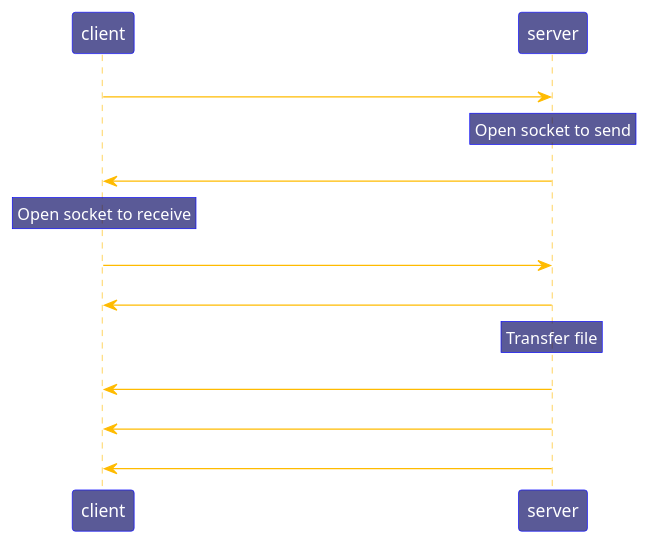
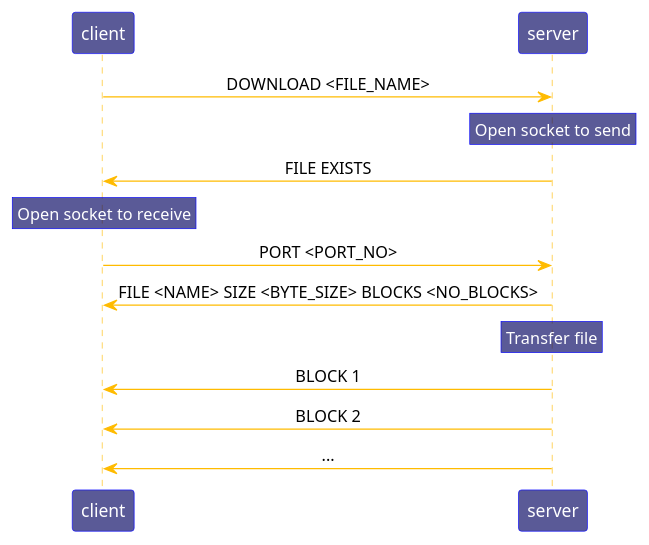
One commit to PomatoCoCEO/UcDrive changed the diagram in arch/download.puml. Above: the diagram before and after it, drawn with PlantUML. The commit also changed 20 other files, not shown here.

```diff
--- a/arch/download.puml
+++ b/arch/download.puml
@@ -1,33 +1,34 @@
 @startuml download
 skinparam sequenceMessageAlign CENTER
 skinparam NoteTextAlignment CENTER
 skinparam DefaultTextAlignment CENTER
-skinparam DefaultFontColor #ffffff
 skinparam ArrowColor #ffbb00
 skinparam sequenceMessageAlign CENTER
 skinparam NoteTextAlignment CENTER
 skinparam NoteBackgroundColor #060662a8
 skinparam NoteBorderColor #0000ff
+skinparam NoteFontColor white
+skinparam ParticipantFontColor white
 skinparam ParticipantBackgroundColor #060662a8
 skinparam ParticipantBorderColor #0000ff
 skinparam PathHoverColor #ffbb00
 skinparam SequenceLifeLineBorderColor #ffbb00
 'skinparam ParticipantBackgroundColor #00ffff
 'skinparam ParticipantBorderColor #0000ff these are comments, started with '
 client -> server : DOWNLOAD <FILE_NAME>
 rnote over server
 Open socket to send
 end note
 server -> client : FILE EXISTS
 rnote over client
 Open socket to receive
 end note
 client ->server : PORT <PORT_NO> 
 server -> client : FILE <NAME> SIZE <BYTE_SIZE> BLOCKS <NO_BLOCKS> 
 rnote over server
 Transfer file
 end note
 server -> client : BLOCK 1
 server -> client: BLOCK 2
 server -> client: ...
 @enduml
```
